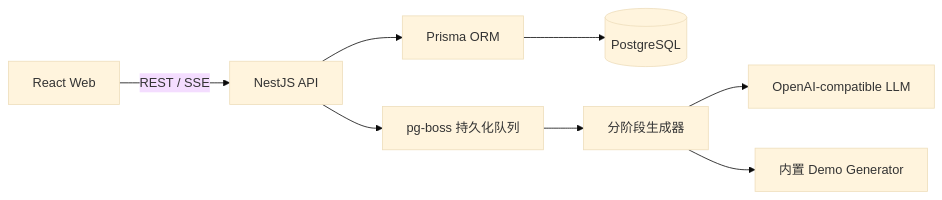
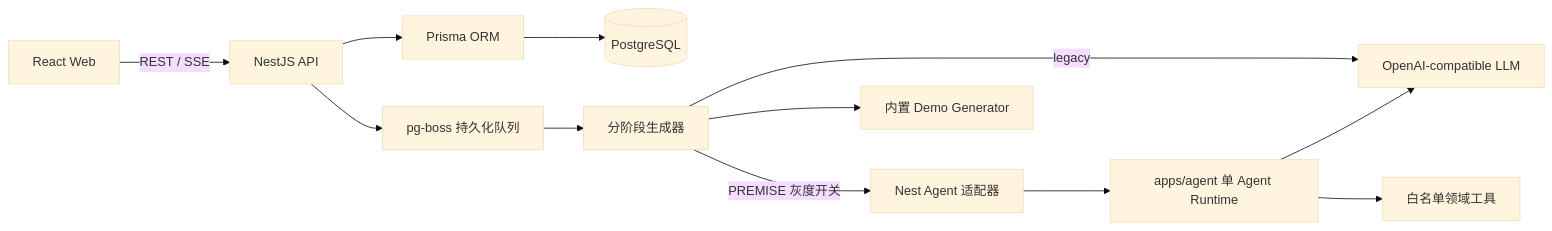
Before and after one commit to JanJeter/IDEA_to_Script: the diagram in README.md, drawn with Mermaid (base theme). The commit also changed other lines of this file and 122 other files, not shown here.

Commit message:
Simplify creation flow and scene planning UI

````diff
--- a/README.md
+++ b/README.md
@@ -159,10 +159,14 @@
 ```mermaid
 flowchart LR
   Web[React Web] -->|REST / SSE| API[NestJS API]
   API --> Prisma[Prisma ORM]
   Prisma --> PG[(PostgreSQL)]
   API --> Queue[pg-boss 持久化队列]
   Queue --> Generator[分阶段生成器]
-  Generator --> LLM[OpenAI-compatible LLM]
+  Generator -->|legacy| LLM[OpenAI-compatible LLM]
+  Generator -->|PREMISE 灰度开关| Adapter[Nest Agent 适配器]
+  Adapter --> Agent[apps/agent 单 Agent Runtime]
+  Agent --> Tools[白名单领域工具]
+  Agent --> LLM
   Generator --> Demo[内置 Demo Generator]
 ```
````
